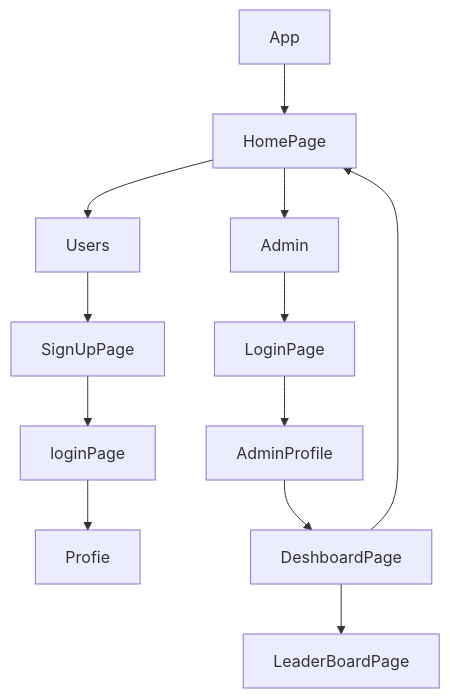
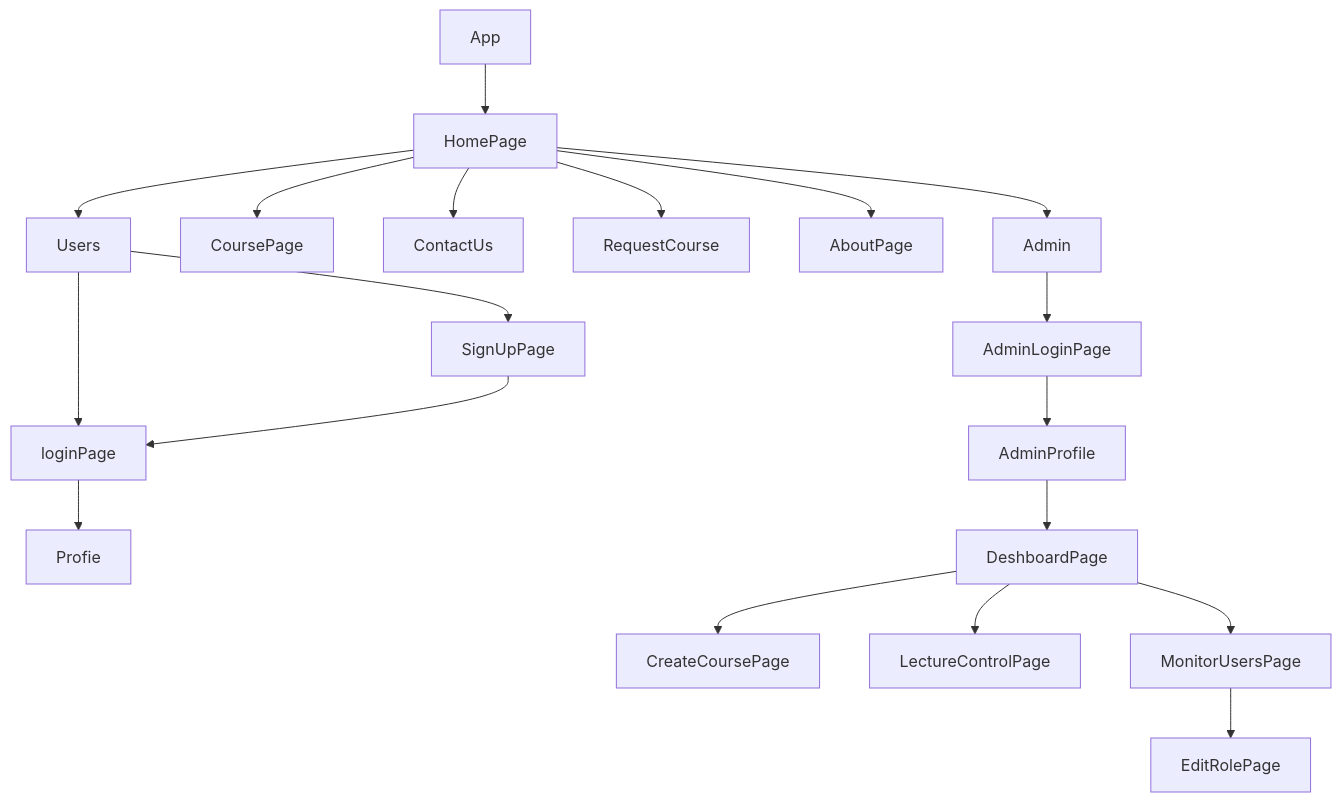
Before and after one commit to mrprincesingh/courseappfrontend: the diagram in README.md, drawn with Mermaid. The commit also changed other lines of this file, not shown here.

````diff
--- a/README.md
+++ b/README.md
@@ -150,15 +150,22 @@
 ```mermaid
 graph TD;
     App-->HomePage
     HomePage-->Users;
     Users-->SignUpPage;
+    Users-->loginPage;
       SignUpPage-->loginPage;
        loginPage-->Profie;
+ HomePage --> CoursePage
+ HomePage --> ContactUs
+ HomePage --> RequestCourse
+ HomePage --> AboutPage
        HomePage --> Admin
-       Admin --> LoginPage
-       LoginPage--> AdminProfile
+       Admin --> AdminLoginPage
+       AdminLoginPage--> AdminProfile
       AdminProfile--> DeshboardPage
-       DeshboardPage-->LeaderBoardPage
-       DeshboardPage-->HomePage
+       DeshboardPage-->CreateCoursePage
+       DeshboardPage--> LectureControlPage
+       DeshboardPage--> MonitorUsersPage
+       MonitorUsersPage--> EditRolePage
      
 ```
````
